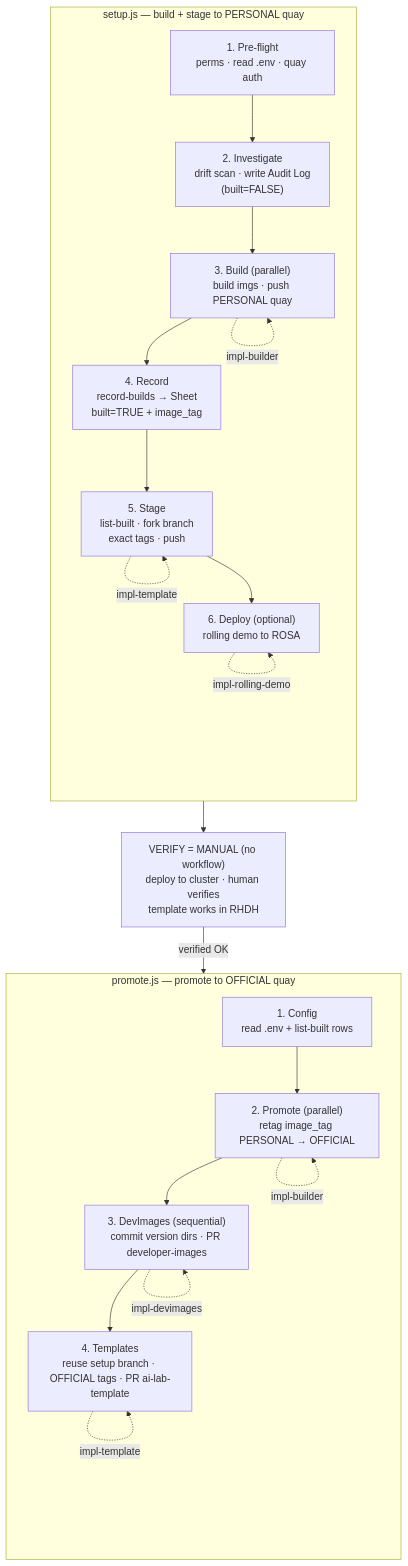
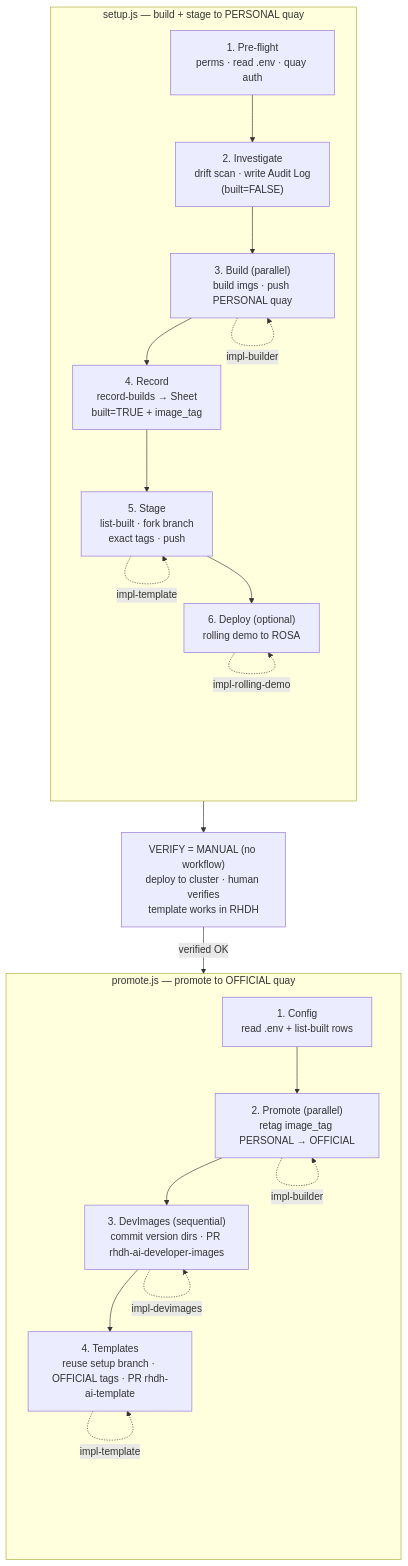
The diagram in README.md (JslYoon/ai-template-updater), drawn with Mermaid before and after one commit. The commit also changed other lines of this file, not shown here.

````diff
--- a/README.md
+++ b/README.md
@@ -34,33 +33,33 @@
 ```mermaid
 flowchart TD
     subgraph SETUP["setup.js — build + stage to PERSONAL quay"]
         direction TB
         S1["1. Pre-flight<br/>perms · read .env · quay auth"]
         S2["2. Investigate<br/>drift scan · write Audit Log<br/>(built=FALSE)"]
         S3["3. Build (parallel)<br/>build imgs · push PERSONAL quay"]
         S4["4. Record<br/>record-builds → Sheet<br/>built=TRUE + image_tag"]
         S5["5. Stage<br/>list-built · fork branch<br/>exact tags · push"]
         S6["6. Deploy (optional)<br/>rolling demo to ROSA"]
         S1 --> S2 --> S3 --> S4 --> S5 --> S6
         S3 -. impl-builder .-> S3
         S5 -. impl-template .-> S5
         S6 -. impl-rolling-demo .-> S6
     end
 
     MANUAL["VERIFY = MANUAL (no workflow)<br/>deploy to cluster · human verifies<br/>template works in RHDH"]
 
     subgraph PROMOTE["promote.js — promote to OFFICIAL quay"]
         direction TB
         P1["1. Config<br/>read .env + list-built rows"]
         P2["2. Promote (parallel)<br/>retag image_tag PERSONAL → OFFICIAL"]
-        P3["3. DevImages (sequential)<br/>commit version dirs · PR developer-images"]
-        P4["4. Templates<br/>reuse setup branch · OFFICIAL tags · PR ai-lab-template"]
+        P3["3. DevImages (sequential)<br/>commit version dirs · PR rhdh-ai-developer-images"]
+        P4["4. Templates<br/>reuse setup branch · OFFICIAL tags · PR rhdh-ai-template"]
         P1 --> P2 --> P3 --> P4
         P2 -. impl-builder .-> P2
         P3 -. impl-devimages .-> P3
         P4 -. impl-template .-> P4
     end
 
     SETUP --> MANUAL
     MANUAL -->|verified OK| PROMOTE
 ```
````
